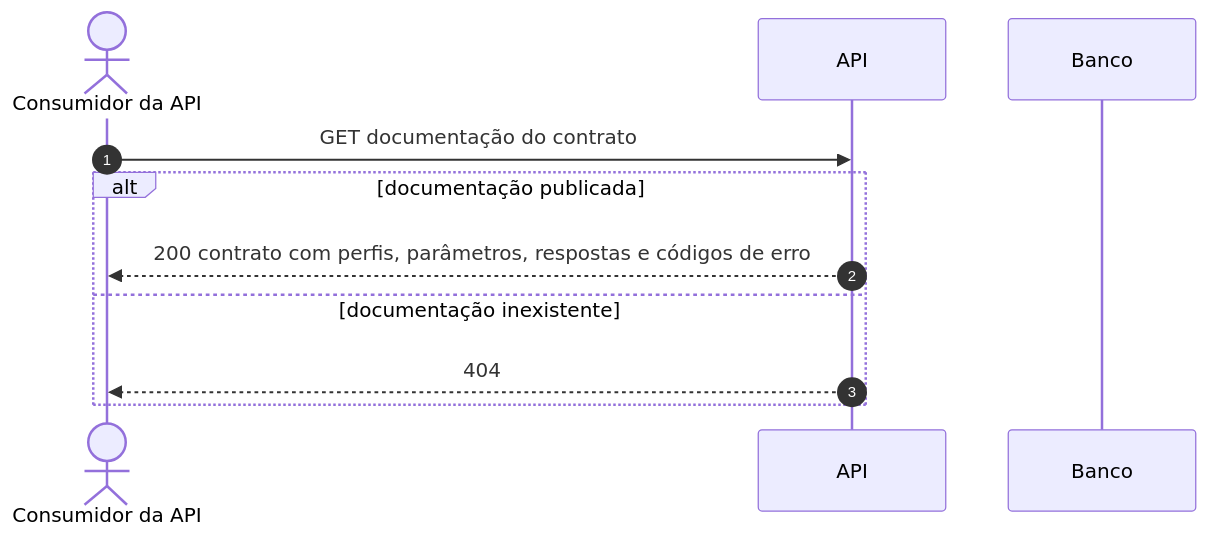
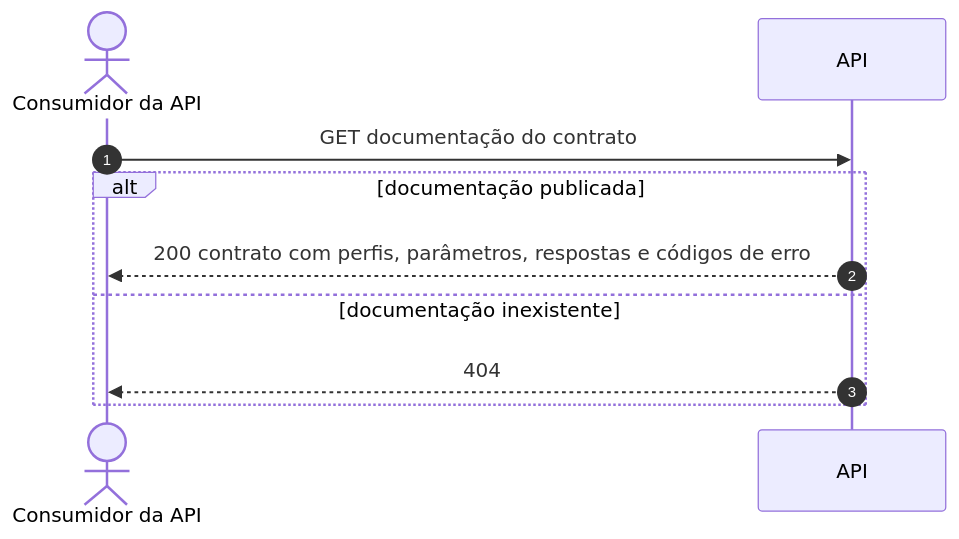
Before and after one commit to Jefferson-Silva-Geronimo/Projeto-QA-Organizador-de-Recursos-Jefferson: diagram 14 of 14 in docs/prd/fluxos-sequencia.md, drawn with Mermaid. The commit also changed other lines of this file, not shown here.

First line of the commit message:
docs: revisao fases 0 e 1 - diagramas de sequencia

````diff
--- a/docs/prd/fluxos-sequencia.md
+++ b/docs/prd/fluxos-sequencia.md
@@ -624,13 +630,12 @@
 ```mermaid
 sequenceDiagram
     autonumber
     actor C as Consumidor da API
     participant A as API
-    participant B as Banco
     C->>A: GET documentação do contrato
     alt documentação publicada
         A-->>C: 200 contrato com perfis, parâmetros, respostas e códigos de erro
     else documentação inexistente
         A-->>C: 404
     end
 ```
````
